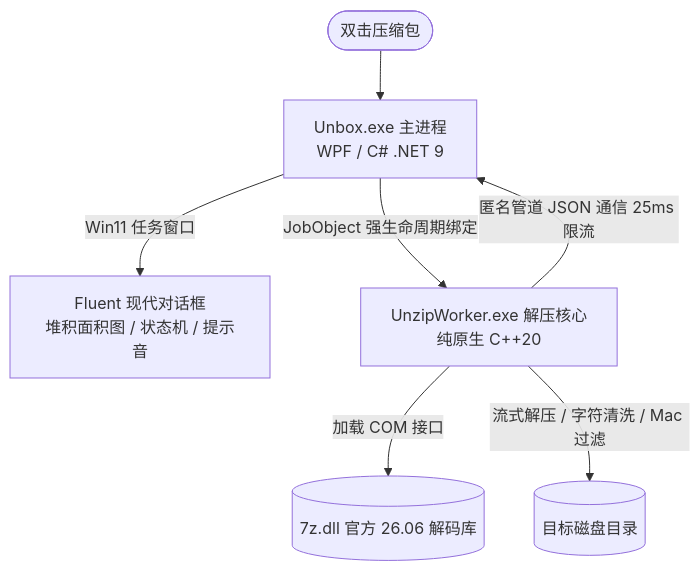
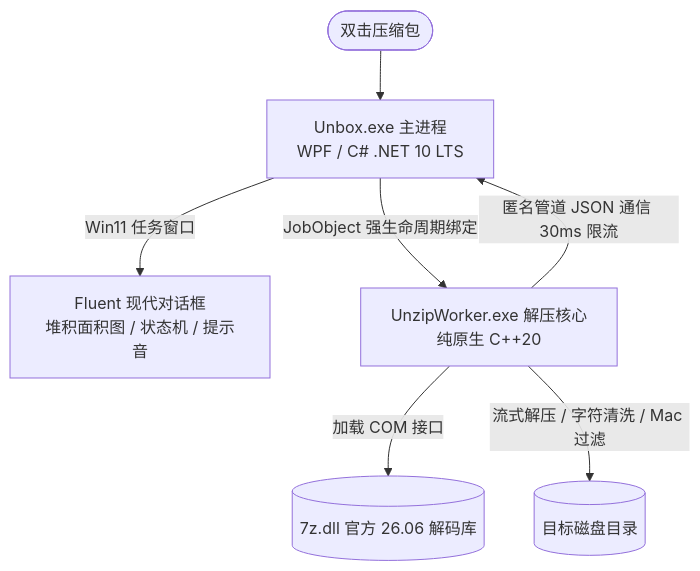
The diagram in README.md (Snowail/Unbox), drawn with Mermaid before and after one commit. The commit also changed other lines of this file and 12 other files, not shown here.

````diff
--- a/README.md
+++ b/README.md
@@ -269,9 +269,9 @@
 ```mermaid
 graph TD
-    User([双击压缩包]) --> Proxy[Unbox.exe 主进程<br>WPF / C# .NET 9]
+    User([双击压缩包]) --> Proxy[Unbox.exe 主进程<br>WPF / C# .NET 10 LTS]
     Proxy -->|Win11 任务窗口| UI[Fluent 现代对话框<br>堆积面积图 / 状态机 / 提示音]
     Proxy -->|JobObject 强生命周期绑定| Worker[UnzipWorker.exe 解压核心<br>纯原生 C++20]
     Worker -->|加载 COM 接口| Engine[(7z.dll 官方 26.06 解码库)]
-    Worker -->|匿名管道 JSON 通信 25ms 限流| Proxy
+    Worker -->|匿名管道 JSON 通信 30ms 限流| Proxy
     Worker -->|流式解压 / 字符清洗 / Mac 过滤| Disk[(目标磁盘目录)]
 ```
````
